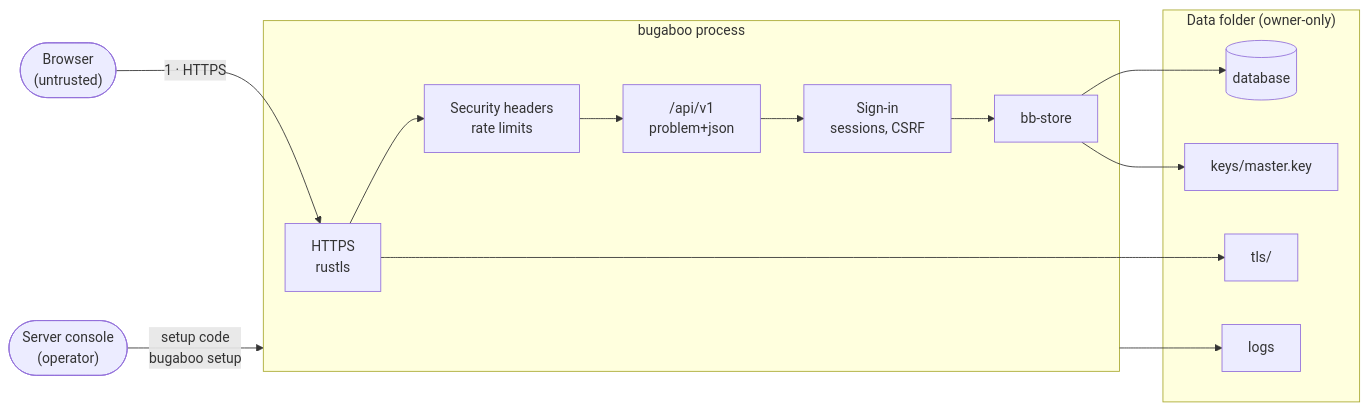
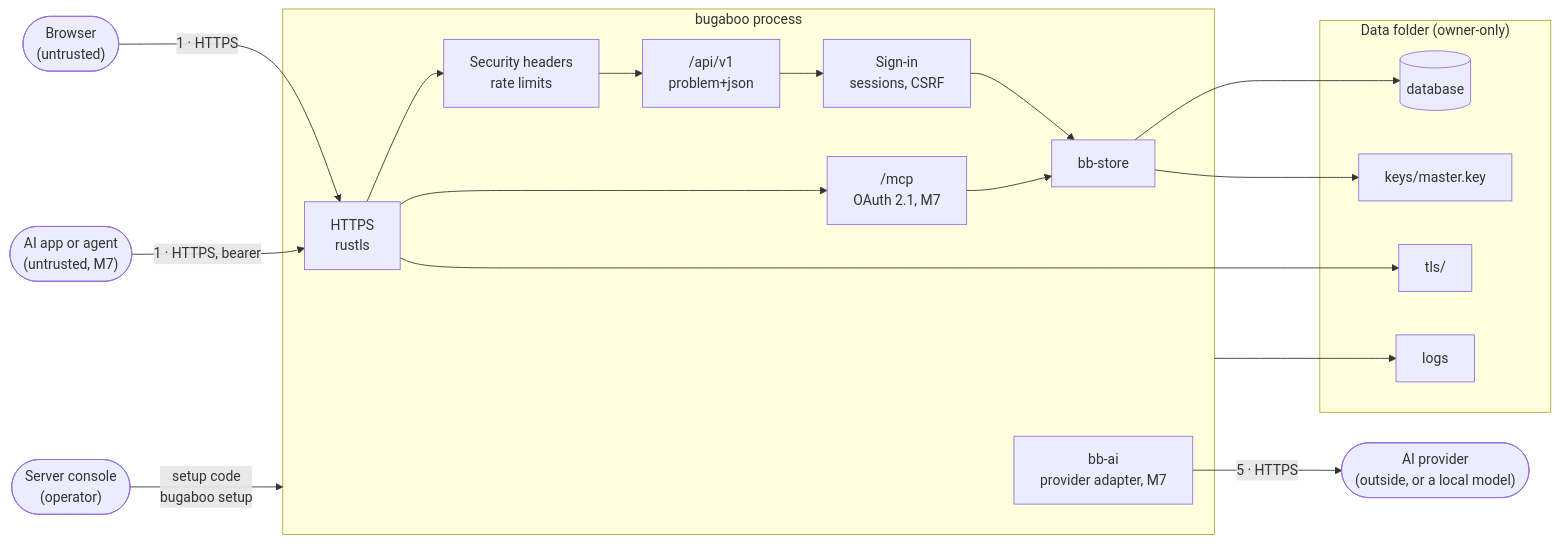
One commit to Nusi42/Bugaboo changed the first of 5 diagrams in docs/architecture/12-security.md. Above: the diagram before and after it, drawn with Mermaid. The commit also changed other lines of this file and 6 other files, not shown here.

First line of the commit message:
docs(architecture): place the AI parts and plan their threats

````diff
--- a/docs/architecture/12-security.md
+++ b/docs/architecture/12-security.md
@@ -15,23 +15,29 @@
 ```mermaid
 flowchart LR
   browser(["Browser<br/>(untrusted)"])
   console(["Server console<br/>(operator)"])
   subgraph server["bugaboo process"]
     tls["HTTPS<br/>rustls"]
     hdr["Security headers<br/>rate limits"]
     api["/api/v1<br/>problem+json"]
     auth["Sign-in<br/>sessions, CSRF"]
     store["bb-store"]
+    mcp["/mcp<br/>OAuth 2.1, M7"]
+    ai["bb-ai<br/>provider adapter, M7"]
   end
+  app(["AI app or agent<br/>(untrusted, M7)"])
+  provider(["AI provider<br/>(outside, or a local model)"])
   subgraph data["Data folder (owner-only)"]
     db[("database")]
     keys["keys/master.key"]
     cert["tls/"]
     logs["logs"]
   end
   browser -- "1 · HTTPS" --> tls --> hdr --> api --> auth --> store --> db
   console -- "setup code<br/>bugaboo setup" --> server
   store --> keys
   tls --> cert
   server --> logs
+  app -- "1 · HTTPS, bearer" --> tls --> mcp --> store
+  ai -- "5 · HTTPS" --> provider
 ```
````
